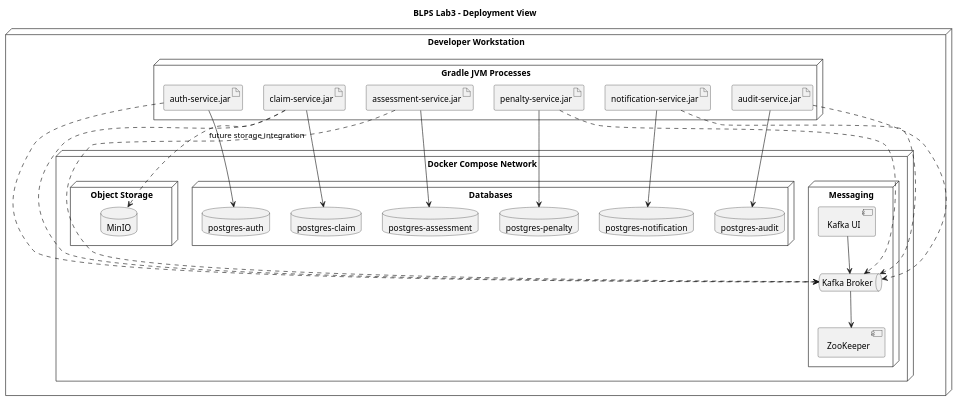
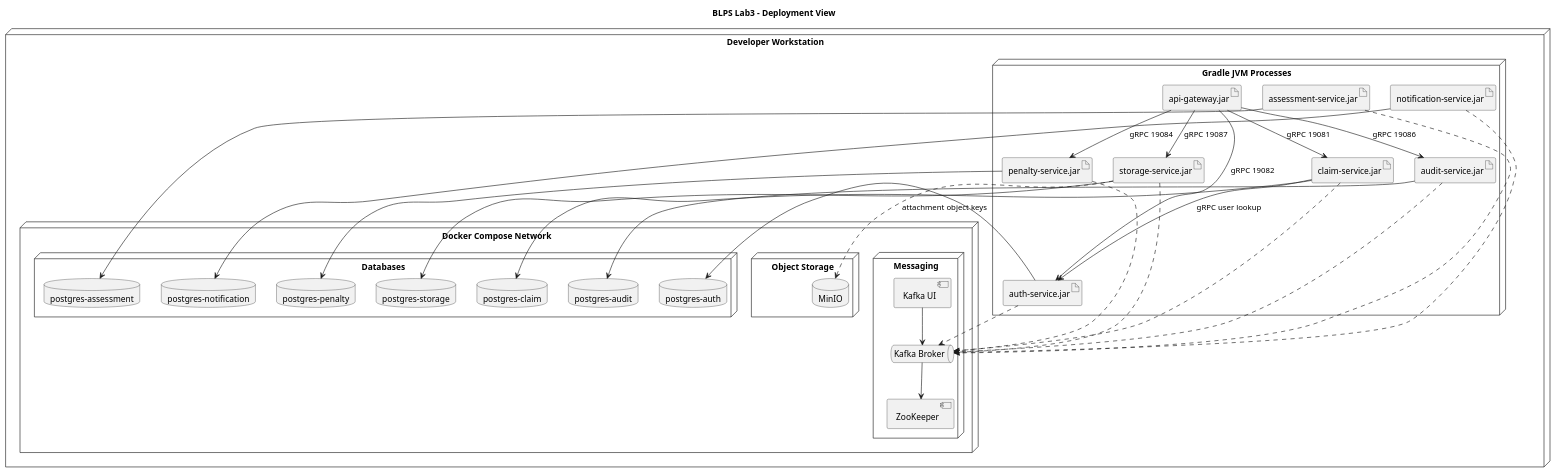
One commit to r4m63/blps-itmo changed the diagram in docs/uml/deployment-view.puml. Above: the diagram before and after it, drawn with PlantUML. The commit also changed 110 other files, not shown here.

```diff
--- a/docs/uml/deployment-view.puml
+++ b/docs/uml/deployment-view.puml
@@ -1,58 +1,71 @@
 @startuml
 title BLPS Lab3 - Deployment View
 
 top to bottom direction
 skinparam packageStyle rectangle
 skinparam shadowing false
 
 node "Developer Workstation" {
   node "Gradle JVM Processes" {
+    artifact "api-gateway.jar" as GatewayJar
     artifact "auth-service.jar" as AuthJar
     artifact "claim-service.jar" as ClaimJar
     artifact "assessment-service.jar" as AssessmentJar
     artifact "penalty-service.jar" as PenaltyJar
+    artifact "storage-service.jar" as StorageJar
     artifact "notification-service.jar" as NotificationJar
     artifact "audit-service.jar" as AuditJar
   }
 
   node "Docker Compose Network" {
     node "Messaging" {
       component "ZooKeeper" as ZK
       queue "Kafka Broker" as Kafka
       component "Kafka UI" as KafkaUI
     }
 
     node "Object Storage" {
       database "MinIO" as MinIO
     }
 
     node "Databases" {
       database "postgres-auth" as AuthDB
       database "postgres-claim" as ClaimDB
       database "postgres-assessment" as AssessmentDB
       database "postgres-penalty" as PenaltyDB
+      database "postgres-storage" as StorageDB
       database "postgres-notification" as NotificationDB
       database "postgres-audit" as AuditDB
     }
   }
 }
 
 AuthJar --> AuthDB
 ClaimJar --> ClaimDB
 AssessmentJar --> AssessmentDB
 PenaltyJar --> PenaltyDB
+StorageJar --> StorageDB
 NotificationJar --> NotificationDB
 AuditJar --> AuditDB
+
+GatewayJar --> AuthJar : gRPC 19082
+GatewayJar --> ClaimJar : gRPC 19081
+GatewayJar --> PenaltyJar : gRPC 19084
+GatewayJar --> StorageJar : gRPC 19087
+GatewayJar --> AuditJar : gRPC 19086
+
+ClaimJar --> AuthJar : gRPC user lookup
 
 AuthJar ..> Kafka
 ClaimJar ..> Kafka
 AssessmentJar ..> Kafka
 PenaltyJar ..> Kafka
+StorageJar ..> Kafka
 NotificationJar ..> Kafka
 AuditJar ..> Kafka
 
 Kafka --> ZK
 KafkaUI --> Kafka
-ClaimJar ..> MinIO : future storage integration
+StorageJar ..> MinIO : attachment object keys
 
 @enduml
```
